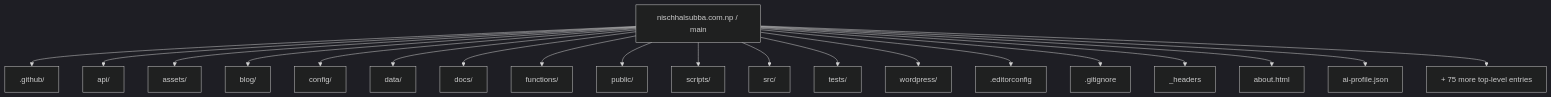
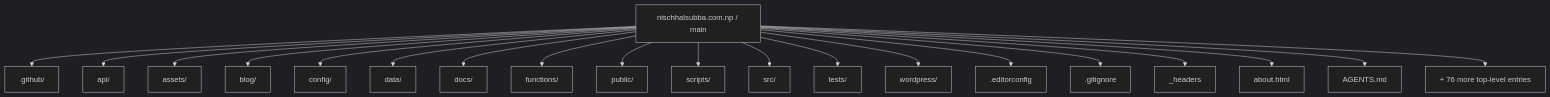
The first of 8 diagrams in README.md (Nischhalsubba/nischhalsubba.com.np), drawn with Mermaid (dark theme) before and after one commit.

Commit message:
docs: apply designer README standard

````diff
--- a/README.md
+++ b/README.md
@@ -58,23 +58,23 @@
 ```mermaid
 flowchart TD
     ROOT["nischhalsubba.com.np / main"]
     ROOT --> P0[".github/"]
     ROOT --> P1["api/"]
     ROOT --> P2["assets/"]
     ROOT --> P3["blog/"]
     ROOT --> P4["config/"]
     ROOT --> P5["data/"]
     ROOT --> P6["docs/"]
     ROOT --> P7["functions/"]
     ROOT --> P8["public/"]
     ROOT --> P9["scripts/"]
     ROOT --> P10["src/"]
     ROOT --> P11["tests/"]
     ROOT --> P12["wordpress/"]
     ROOT --> P13[".editorconfig"]
     ROOT --> P14[".gitignore"]
     ROOT --> P15["_headers"]
     ROOT --> P16["about.html"]
-    ROOT --> P17["ai-profile.json"]
-    ROOT --> MORE["+ 75 more top-level entries"]
+    ROOT --> P17["AGENTS.md"]
+    ROOT --> MORE["+ 76 more top-level entries"]
 ```
````
